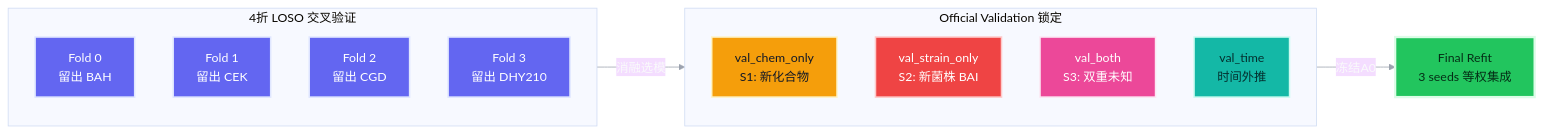
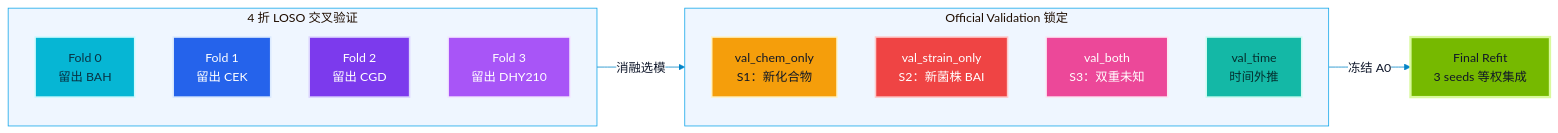
One commit to ibh4/goai-virtual-yeast-model changed the fourth of 4 diagrams in README.md. Above: the diagram before and after it, drawn with Mermaid. The commit also changed other lines of this file, not shown here.

````diff
--- a/README.md
+++ b/README.md
@@ -154,27 +167,30 @@
 ```mermaid
-%%{init: {"theme": "base", "themeVariables": {"fontFamily": "Inter, Microsoft YaHei, sans-serif", "background": "#111827", "primaryTextColor": "#F9FAFB", "lineColor": "#9CA3AF"}}}%%
+%%{init: {"theme": "base", "themeVariables": {"fontFamily": "Inter, Microsoft YaHei, sans-serif", "background": "#FFFFFF", "primaryColor": "#2563EB", "primaryTextColor": "#0F172A", "primaryBorderColor": "#67E8F9", "secondaryColor": "#7C3AED", "tertiaryColor": "#E0F2FE", "lineColor": "#0284C7", "clusterBkg": "#EFF6FF", "clusterBorder": "#0EA5E9", "edgeLabelBackground": "#FFFFFF"}}}%%
 flowchart LR
-    subgraph CV[4折 LOSO 交叉验证]
-        F0[Fold 0<br/>留出 BAH]:::fold
-        F1[Fold 1<br/>留出 CEK]:::fold
-        F2[Fold 2<br/>留出 CGD]:::fold
-        F3[Fold 3<br/>留出 DHY210]:::fold
+    subgraph CV["4 折 LOSO 交叉验证"]
+        F0["Fold 0<br/>留出 BAH"]:::fold0
+        F1["Fold 1<br/>留出 CEK"]:::fold1
+        F2["Fold 2<br/>留出 CGD"]:::fold2
+        F3["Fold 3<br/>留出 DHY210"]:::fold3
     end
 
-    subgraph VAL[Official Validation 锁定]
-        S1[val_chem_only<br/>S1: 新化合物]:::s1
-        S2[val_strain_only<br/>S2: 新菌株 BAI]:::s2
-        S3[val_both<br/>S3: 双重未知]:::s3
-        T[val_time<br/>时间外推]:::t
+    subgraph VAL["Official Validation 锁定"]
+        S1["val_chem_only<br/>S1：新化合物"]:::s1
+        S2["val_strain_only<br/>S2：新菌株 BAI"]:::s2
+        S3["val_both<br/>S3：双重未知"]:::s3
+        T["val_time<br/>时间外推"]:::time
     end
 
-    CV --> |消融选模| VAL
-    VAL --> |冻结A0| FINAL[Final Refit<br/>3 seeds 等权集成]:::final
+    CV -->|消融选模| VAL
+    VAL -->|冻结 A0| FINAL["Final Refit<br/>3 seeds 等权集成"]:::final
 
-    classDef fold fill:#6366F1,stroke:#E0E7FF,color:#FFFFFF,stroke-width:2px;
+    classDef fold0 fill:#06B6D4,stroke:#CFFAFE,color:#083344,stroke-width:2px;
+    classDef fold1 fill:#2563EB,stroke:#DBEAFE,color:#FFFFFF,stroke-width:2px;
+    classDef fold2 fill:#7C3AED,stroke:#DDD6FE,color:#FFFFFF,stroke-width:2px;
+    classDef fold3 fill:#A855F7,stroke:#F3E8FF,color:#FFFFFF,stroke-width:2px;
     classDef s1 fill:#F59E0B,stroke:#FEF3C7,color:#111827,stroke-width:2px;
     classDef s2 fill:#EF4444,stroke:#FECACA,color:#FFFFFF,stroke-width:2px;
     classDef s3 fill:#EC4899,stroke:#FCE7F3,color:#FFFFFF,stroke-width:2px;
-    classDef t fill:#14B8A6,stroke:#CCFBF1,color:#042F2E,stroke-width:2px;
-    classDef final fill:#22C55E,stroke:#DCFCE7,color:#052E16,stroke-width:3px;
+    classDef time fill:#14B8A6,stroke:#CCFBF1,color:#042F2E,stroke-width:2px;
+    classDef final fill:#76B900,stroke:#D9F99D,color:#111827,stroke-width:3px;
 ```
````
